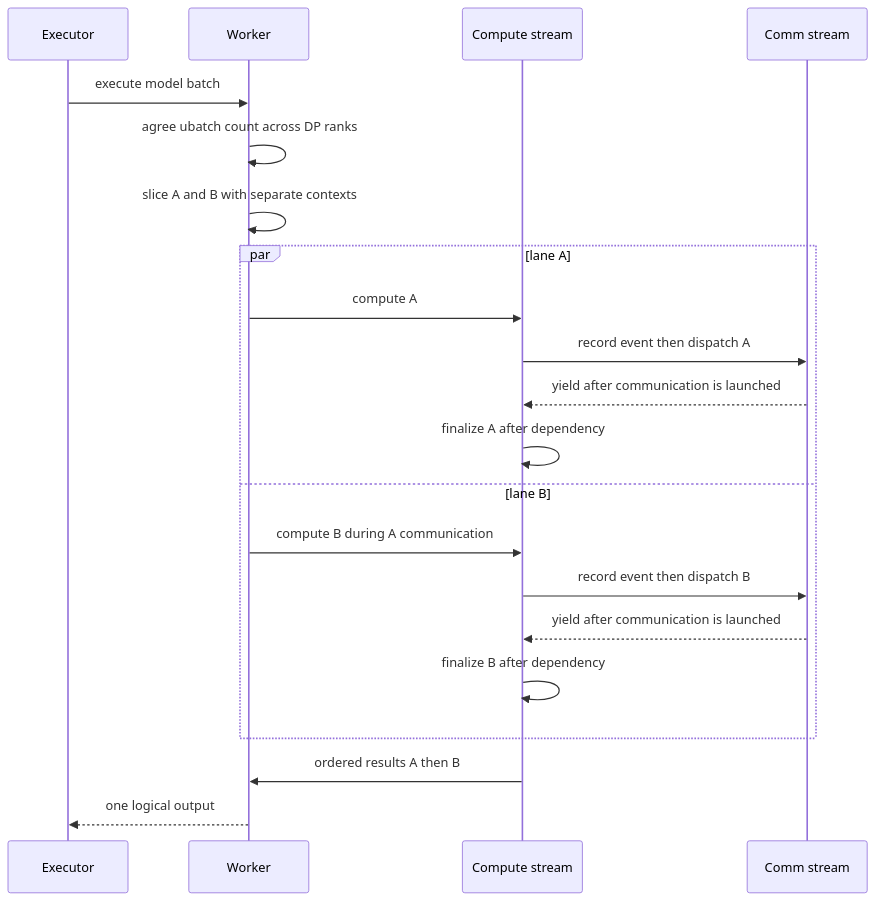
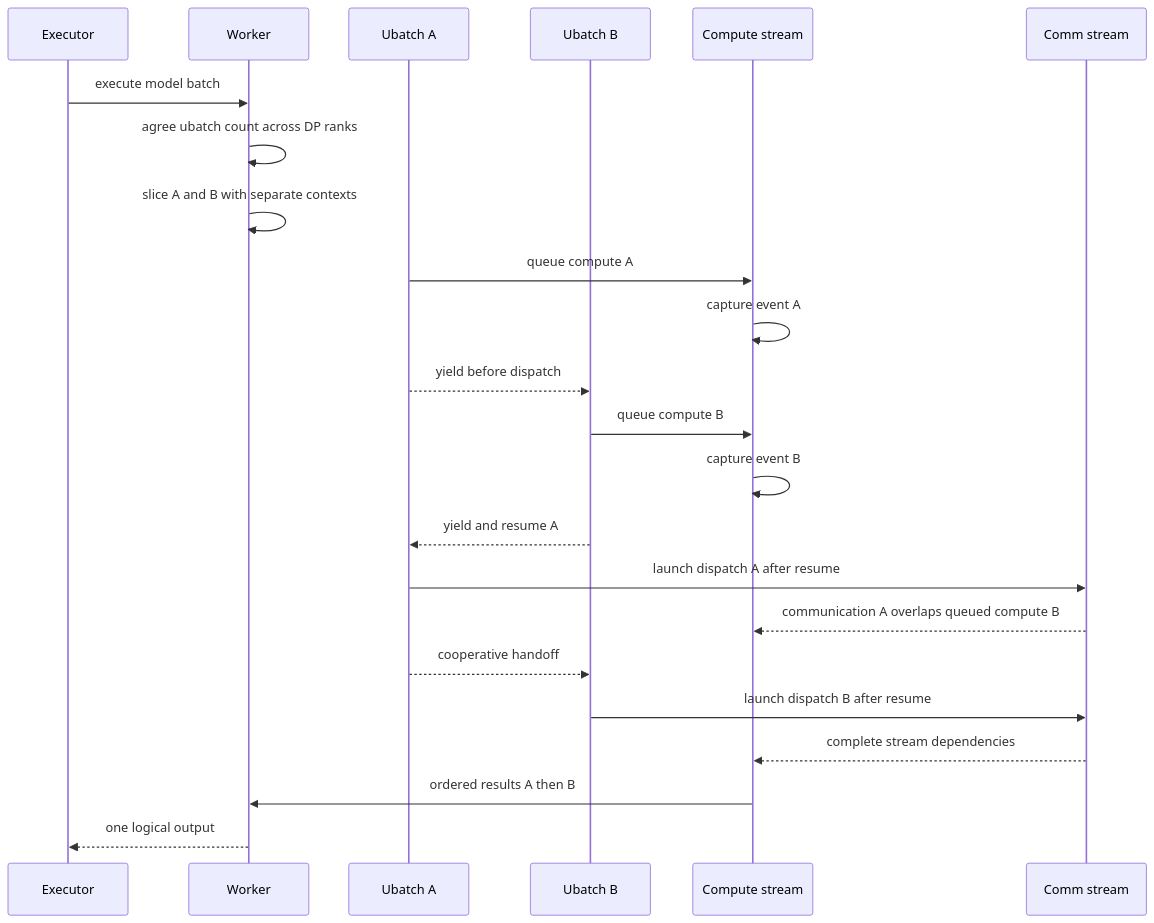
The second of 2 diagrams in wiki/02_engineering/03_infer_frameworks/vllm/22_vllm_distributed_inference_analysis.md (suhaibo666/llm-knowledge), drawn with Mermaid before and after one commit. The commit also changed other lines of this file, not shown here.

Commit message:
docs(vllm): correct distributed inference diagrams

````diff
--- a/wiki/02_engineering/03_infer_frameworks/vllm/22_vllm_distributed_inference_analysis.md
+++ b/wiki/02_engineering/03_infer_frameworks/vllm/22_vllm_distributed_inference_analysis.md
@@ -118,23 +118,25 @@
 ```mermaid
 sequenceDiagram
     participant E as Executor
     participant W as Worker
+    participant A as Ubatch A
+    participant B as Ubatch B
     participant C as Compute stream
     participant M as Comm stream
     E->>W: execute model batch
     W->>W: agree ubatch count across DP ranks
     W->>W: slice A and B with separate contexts
-    par lane A
-        W->>C: compute A
-        C->>M: record event then dispatch A
-        M-->>C: yield after communication is launched
-        C->>C: finalize A after dependency
-    and lane B
-        W->>C: compute B during A communication
-        C->>M: record event then dispatch B
-        M-->>C: yield after communication is launched
-        C->>C: finalize B after dependency
-    end
+    A->>C: queue compute A
+    C->>C: capture event A
+    A-->>B: yield before dispatch
+    B->>C: queue compute B
+    C->>C: capture event B
+    B-->>A: yield and resume A
+    A->>M: launch dispatch A after resume
+    M-->>C: communication A overlaps queued compute B
+    A-->>B: cooperative handoff
+    B->>M: launch dispatch B after resume
+    M-->>C: complete stream dependencies
     C->>W: ordered results A then B
     W-->>E: one logical output
 ```
````
